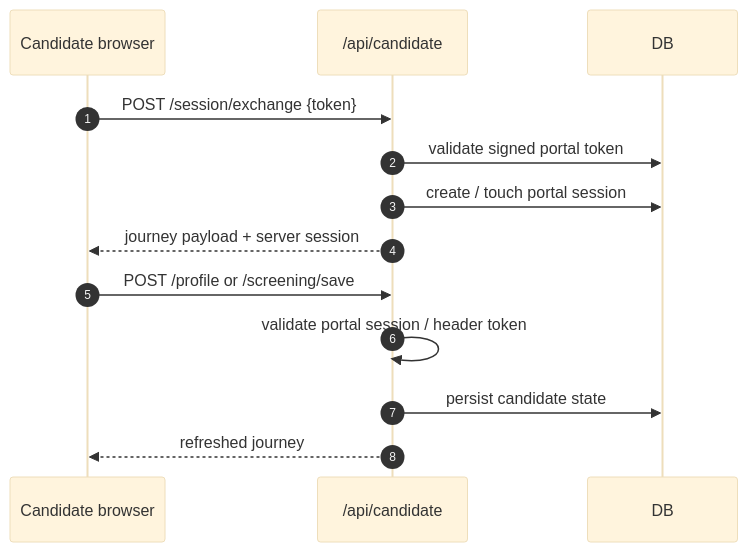
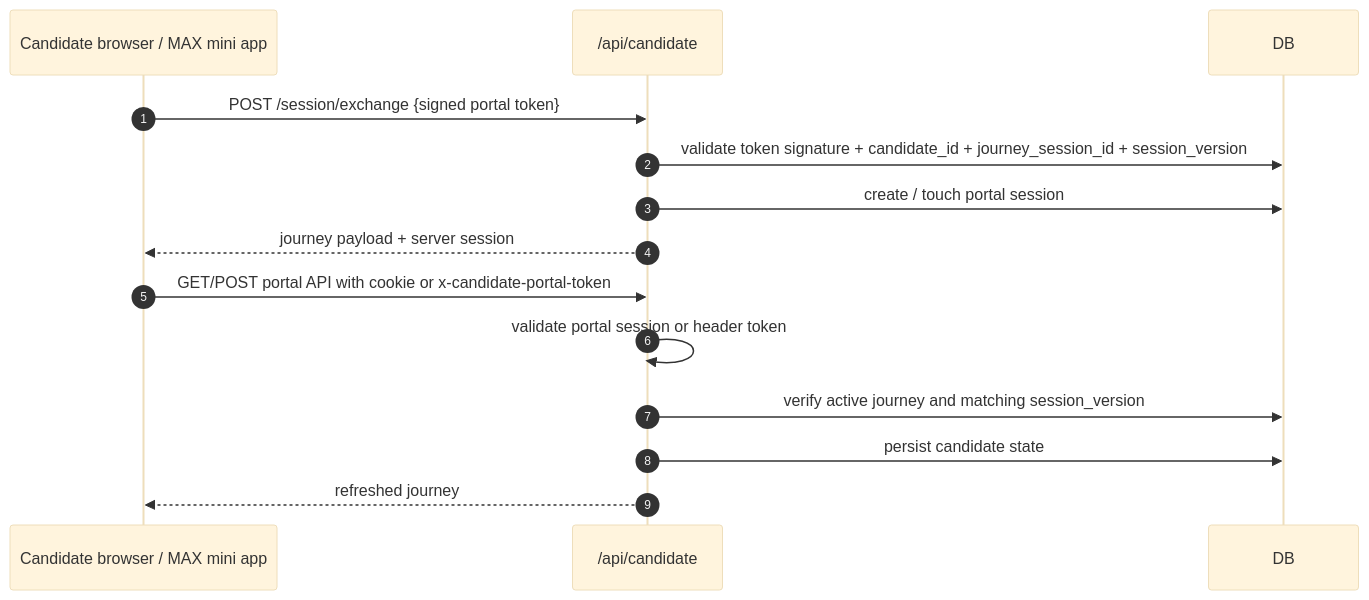
Before and after one commit to padka/HR: the second of 2 diagrams in docs/security/auth-and-token-model.md, drawn with Mermaid (base theme). The commit also changed other lines of this file and 18 other files, not shown here.

````diff
--- a/docs/security/auth-and-token-model.md
+++ b/docs/security/auth-and-token-model.md
@@ -73,17 +73,18 @@
 ```mermaid
 sequenceDiagram
   autonumber
-  participant C as Candidate browser
+  participant C as Candidate browser / MAX mini app
   participant P as /api/candidate
   participant D as DB
 
-  C->>P: POST /session/exchange {token}
-  P->>D: validate signed portal token
+  C->>P: POST /session/exchange {signed portal token}
+  P->>D: validate token signature + candidate_id + journey_session_id + session_version
   P->>D: create / touch portal session
   P-->>C: journey payload + server session
 
-  C->>P: POST /profile or /screening/save
-  P->>P: validate portal session / header token
+  C->>P: GET/POST portal API with cookie or x-candidate-portal-token
+  P->>P: validate portal session or header token
+  P->>D: verify active journey and matching session_version
   P->>D: persist candidate state
   P-->>C: refreshed journey
 ```
````
